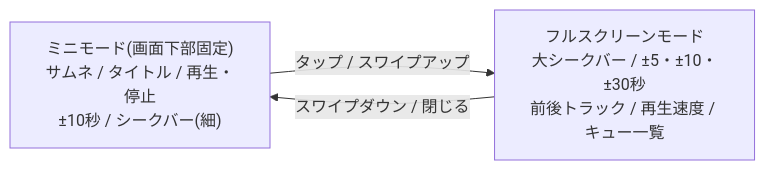
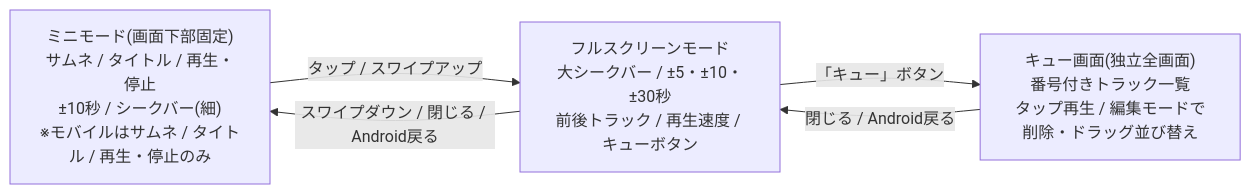
One commit to koji-genba/stashPad changed the fourth of 4 diagrams in docs/design.md. Above: the diagram before and after it, drawn with Mermaid. The commit also changed other lines of this file and 3 other files, not shown here.

````diff
--- a/docs/design.md
+++ b/docs/design.md
@@ -413,7 +413,10 @@
 ```mermaid
 flowchart LR
-    mini["ミニモード(画面下部固定)<br>サムネ / タイトル / 再生・停止<br>±10秒 / シークバー(細)"]
-    full["フルスクリーンモード<br>大シークバー / ±5・±10・±30秒<br>前後トラック / 再生速度 / キュー一覧"]
+    mini["ミニモード(画面下部固定)<br>サムネ / タイトル / 再生・停止<br>±10秒 / シークバー(細)<br>※モバイルはサムネ / タイトル / 再生・停止のみ"]
+    full["フルスクリーンモード<br>大シークバー / ±5・±10・±30秒<br>前後トラック / 再生速度 / キューボタン"]
+    queue["キュー画面(独立全画面)<br>番号付きトラック一覧<br>タップ再生 / 編集モードで削除・ドラッグ並び替え"]
     mini -- "タップ / スワイプアップ" --> full
-    full -- "スワイプダウン / 閉じる" --> mini
+    full -- "スワイプダウン / 閉じる / Android戻る" --> mini
+    full -- "「キュー」ボタン" --> queue
+    queue -- "閉じる / Android戻る" --> full
 ```
````
